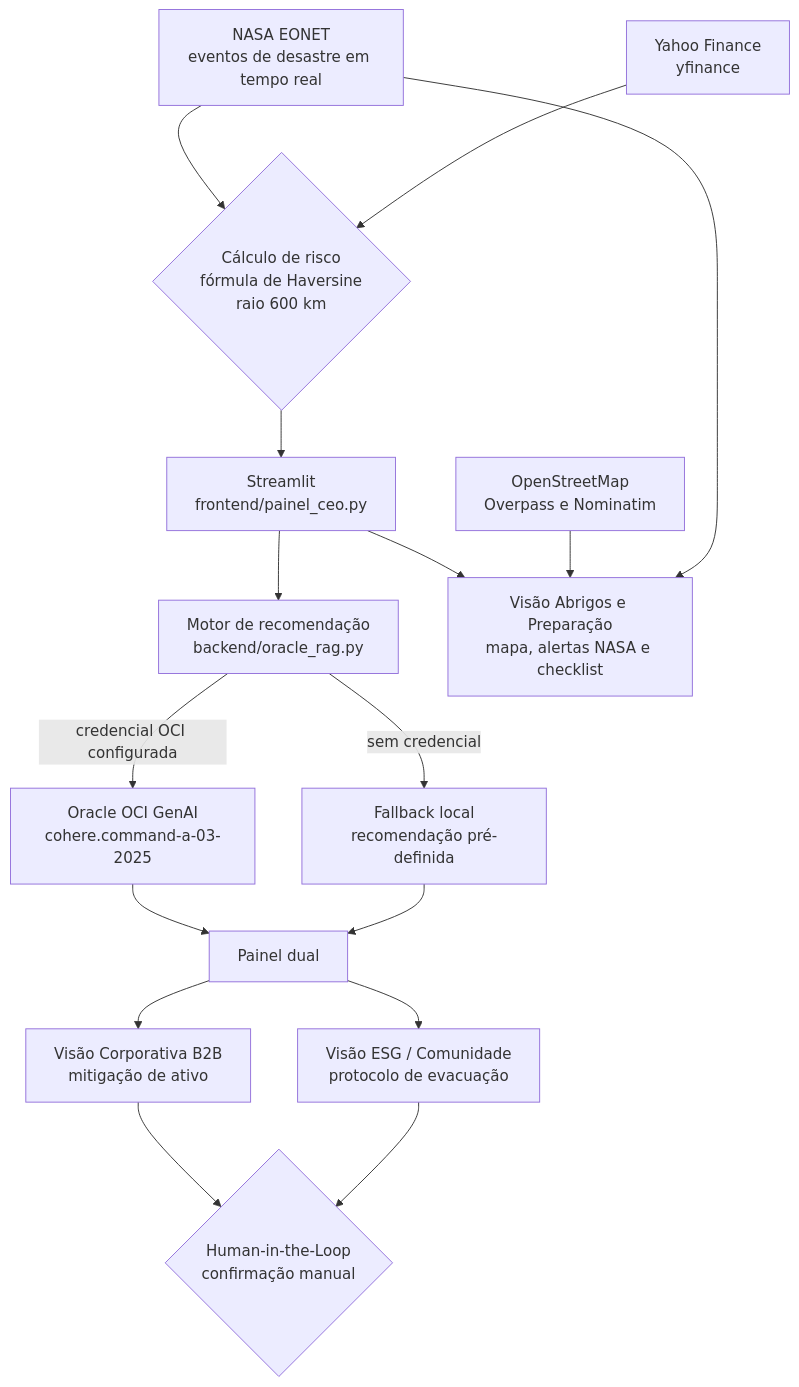
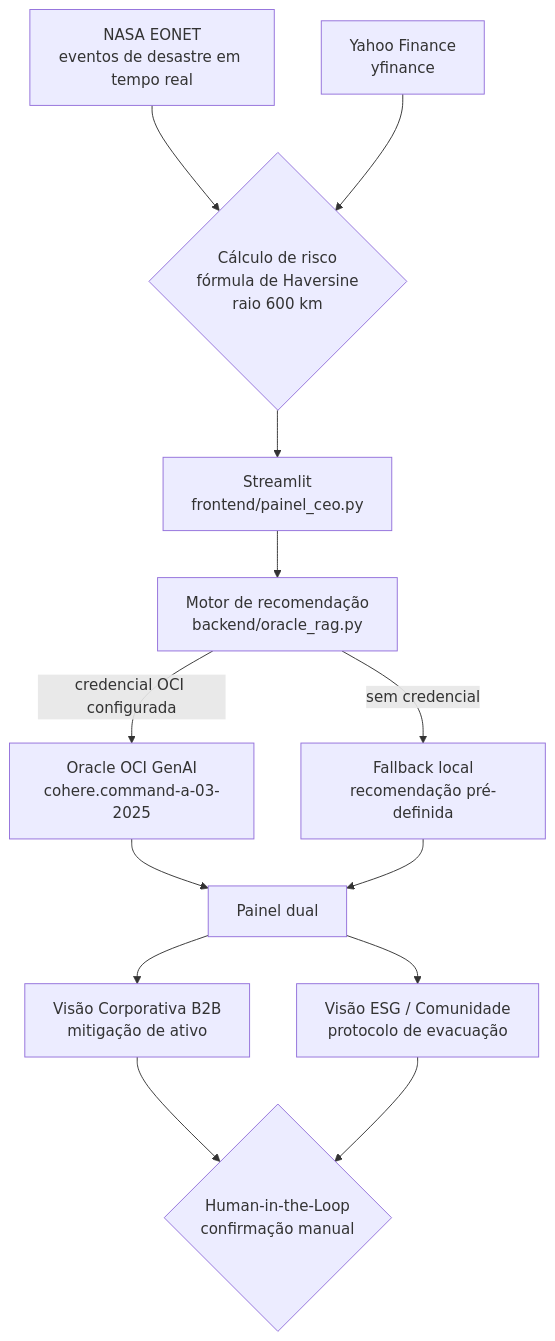
One commit to LeonardoGMendoza/aplicativo-geo-capital-engine changed the first of 2 diagrams in README.md. Above: the diagram before and after it, drawn with Mermaid. The commit also changed other lines of this file, not shown here.

Commit message:
README: separa fluxo da visão de Abrigos

````diff
--- a/README.md
+++ b/README.md
@@ -46,18 +46,15 @@
 ```mermaid
 flowchart TD
     A[NASA EONET<br/>eventos de desastre em tempo real] --> C{Cálculo de risco<br/>fórmula de Haversine<br/>raio 600 km}
     B[Yahoo Finance<br/>yfinance] --> C
     C --> D[Streamlit<br/>frontend/painel_ceo.py]
     D --> E[Motor de recomendação<br/>backend/oracle_rag.py]
     E -->|credencial OCI configurada| F[Oracle OCI GenAI<br/>cohere.command-a-03-2025]
     E -->|sem credencial| G[Fallback local<br/>recomendação pré-definida]
     F --> H[Painel dual]
     G --> H
-    D --> L[Visão Abrigos e Preparação<br/>mapa, alertas NASA e checklist]
-    M[OpenStreetMap<br/>Overpass e Nominatim] --> L
-    A --> L
     H --> I[Visão Corporativa B2B<br/>mitigação de ativo]
     H --> J[Visão ESG / Comunidade<br/>protocolo de evacuação]
     I --> K{Human-in-the-Loop<br/>confirmação manual}
     J --> K
 ```
````
